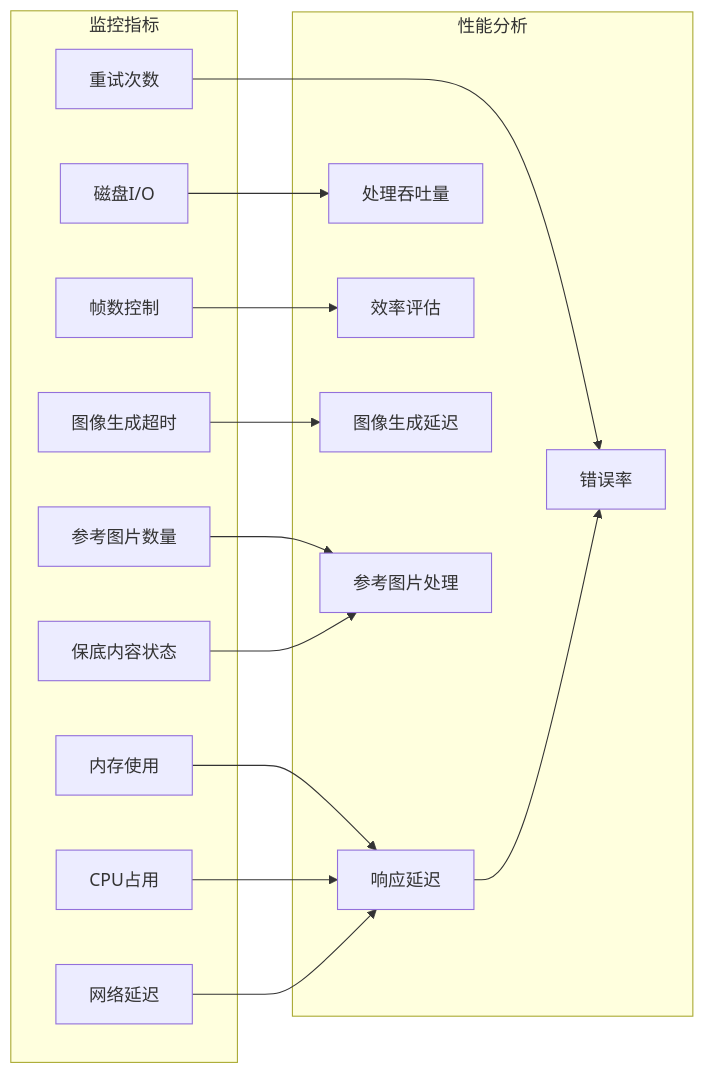
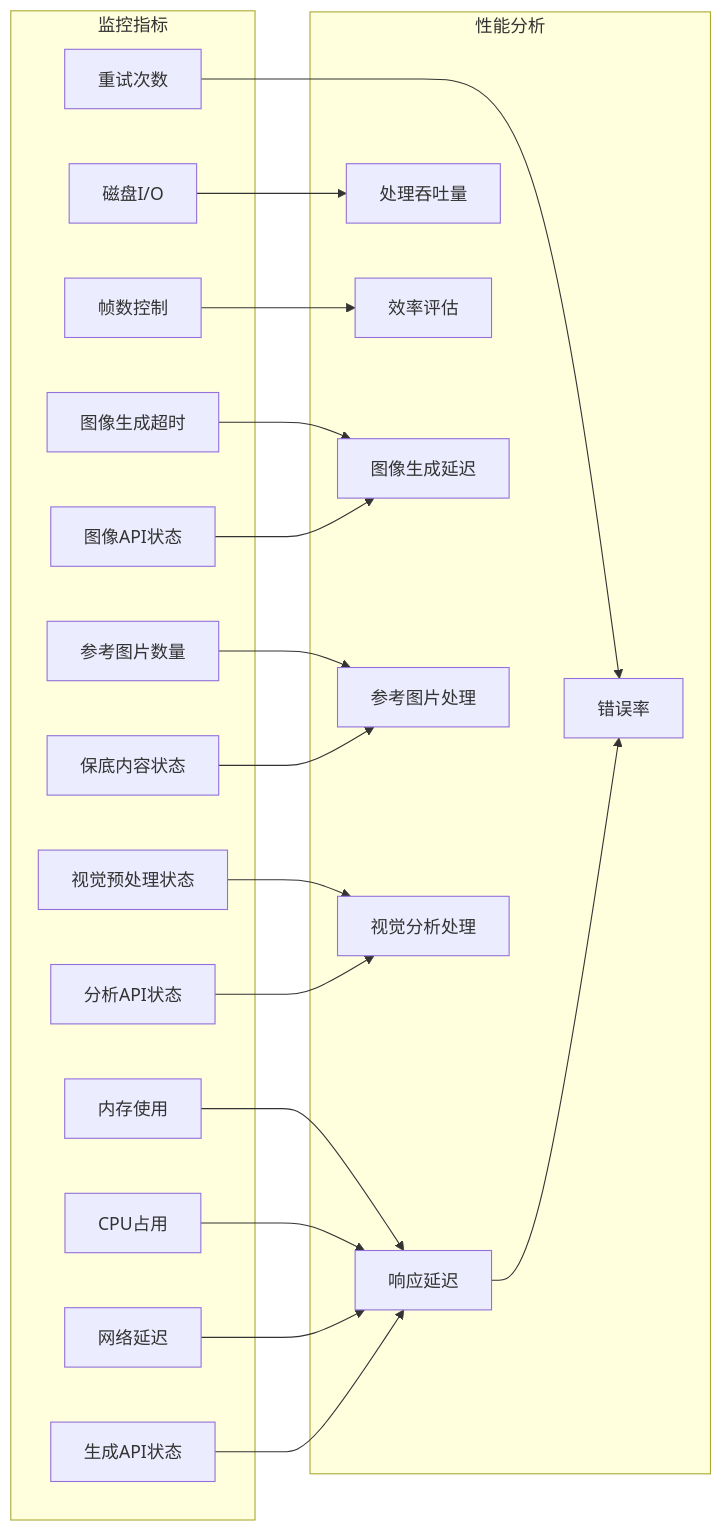
One commit to WongMingJiu/landingpage-test-hero-page changed diagram 18 of 18 in .qoder/repowiki/zh/content/配置和定制/配置和定制.md. Above: the diagram before and after it, drawn with Mermaid. The commit also changed other lines of this file and 7 other files, not shown here.

````diff
--- a/.qoder/repowiki/zh/content/配置和定制/配置和定制.md
+++ b/.qoder/repowiki/zh/content/配置和定制/配置和定制.md
@@ -802,32 +930,41 @@
 ```mermaid
 graph LR
 subgraph "监控指标"
 Memory[内存使用]
 CPU[CPU占用]
 Network[网络延迟]
 Disk[磁盘I/O]
 Frames[帧数控制]
 Retries[重试次数]
 ImageTimeout[图像生成超时]
 RefImages[参考图片数量]
 FallbackContent[保底内容状态]
+VisualPreprocess[视觉预处理状态]
+AnalyseAPI[分析API状态]
+GenerateAPI[生成API状态]
+ImageAPI[图像API状态]
 end
 subgraph "性能分析"
 Latency[响应延迟]
 Throughput[处理吞吐量]
 ErrorRate[错误率]
 Efficiency[效率评估]
 ImageLatency[图像生成延迟]
 RefProcessing[参考图片处理]
+VisualAnalysis[视觉分析处理]
 end
 Memory --> Latency
 CPU --> Latency
 Network --> Latency
 Disk --> Throughput
 Frames --> Efficiency
 Retries --> ErrorRate
 ImageTimeout --> ImageLatency
 RefImages --> RefProcessing
 FallbackContent --> RefProcessing
+VisualPreprocess --> VisualAnalysis
+AnalyseAPI --> VisualAnalysis
+GenerateAPI --> Latency
+ImageAPI --> ImageLatency
 Latency --> ErrorRate
 ```
````
